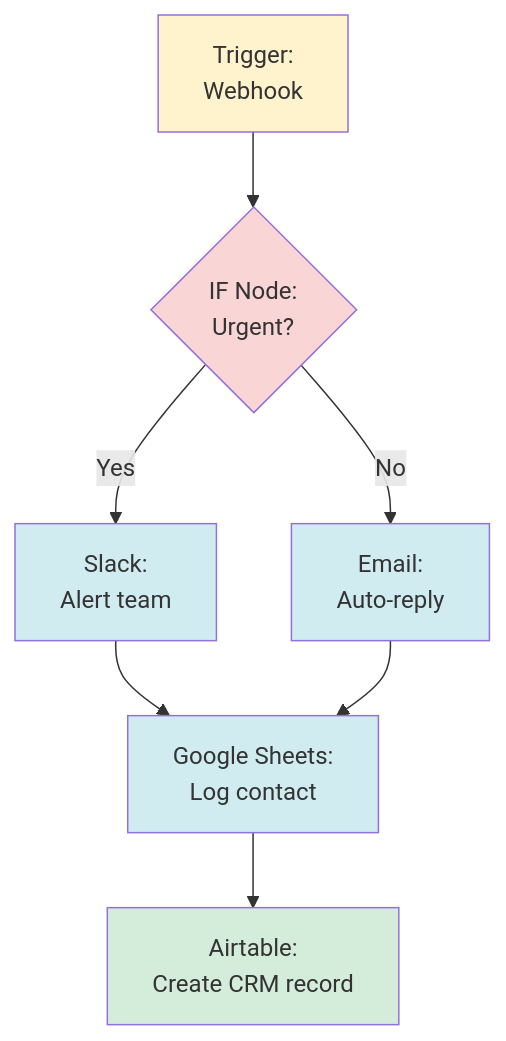
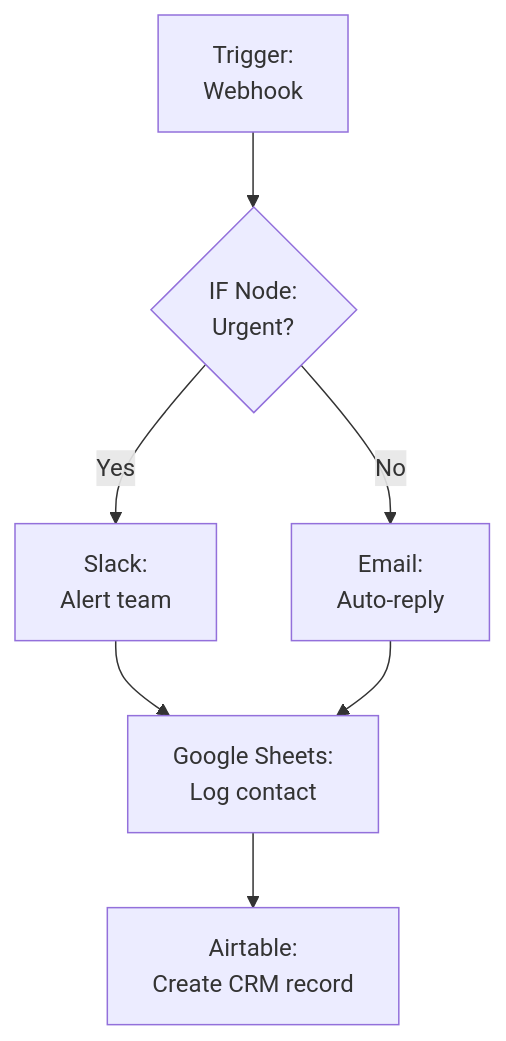
Before and after one commit to wtoloza-dev/ZTH-n8n-Engineer: the ninth of 11 diagrams in lessons/01-foundations/theory/03-how-it-works.md, drawn with Mermaid. The commit also changed other lines of this file and 31 other files, not shown here.

````diff
--- a/lessons/01-foundations/theory/03-how-it-works.md
+++ b/lessons/01-foundations/theory/03-how-it-works.md
@@ -226,16 +207,9 @@
 ```mermaid
 graph TD
     A[Trigger:<br/>Webhook] --> B{IF Node:<br/>Urgent?}
     B -->|Yes| C[Slack:<br/>Alert team]
     B -->|No| D[Email:<br/>Auto-reply]
     C --> E[Google Sheets:<br/>Log contact]
     D --> E
     E --> F[Airtable:<br/>Create CRM record]
-    
-    style A fill:#fff3cd
-    style B fill:#f9d6d5
-    style C fill:#d1ecf1
-    style D fill:#d1ecf1
-    style E fill:#d1ecf1
-    style F fill:#d4edda
 ```
````
